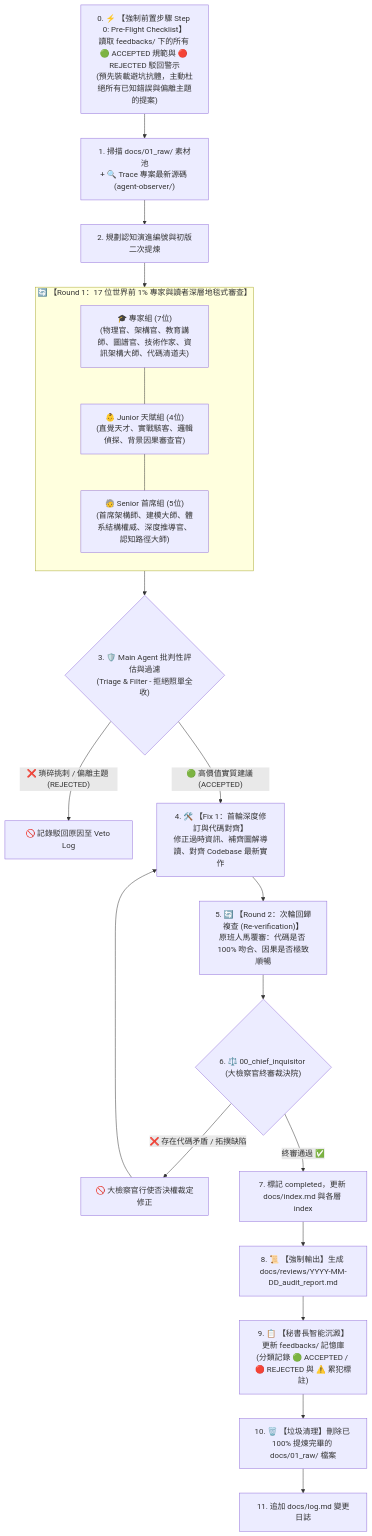
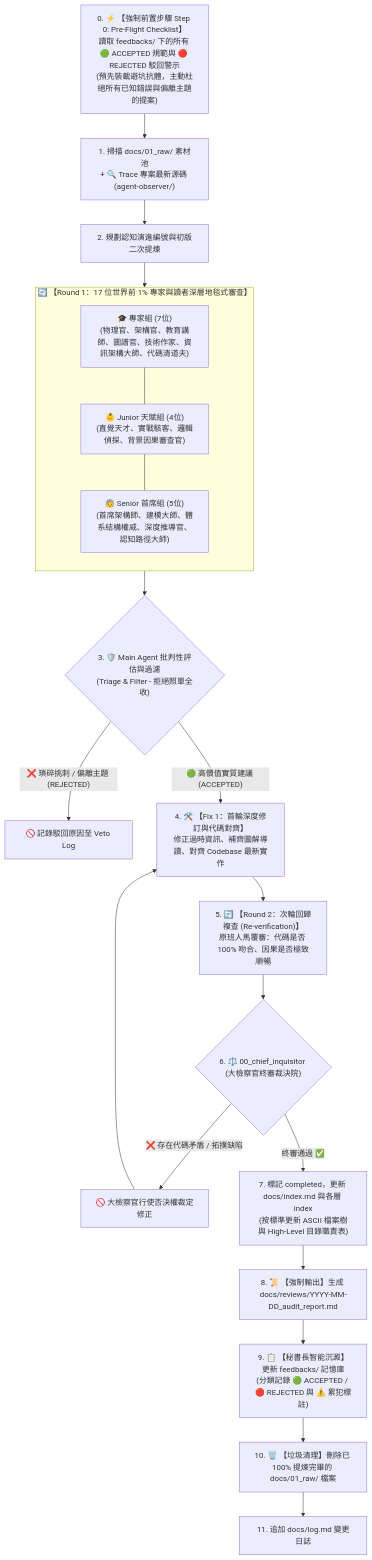
The diagram in .agents/skills/wiki-distiller/SKILL.md (daniel-yang1739/Hemidall), drawn with Mermaid before and after one commit. The commit also changed other lines of this file and 7 other files, not shown here.

````diff
--- a/.agents/skills/wiki-distiller/SKILL.md
+++ b/.agents/skills/wiki-distiller/SKILL.md
@@ -25,33 +27,33 @@
 ```mermaid
 flowchart TD
     Start["0. ⚡ 【強制前置步驟 Step 0: Pre-Flight Checklist】<br/>讀取 feedbacks/ 下的所有 🟢 ACCEPTED 規範與 🔴 REJECTED 駁回警示<br/>(預先裝載避坑抗體，主動杜絕所有已知錯誤與偏離主題的提案)"] --> A
     
     A["1. 掃描 docs/01_raw/ 素材池<br/>+ 🔍 Trace 專案最新源碼 (agent-observer/)"] --> B["2. 規劃認知演進編號與初版二次提煉"]
     
     subgraph Round1 ["🔄 【Round 1：17 位世界前 1% 專家與讀者深層地毯式審查】"]
         direction TB
         R1A["🎓 專家組 (7位)<br/>(物理官、架構官、教育講師、圖譜官、技術作家、資訊架構大師、代碼清道夫)"]
         R1B["👶 Junior 天賦組 (4位)<br/>(直覺天才、實戰駭客、邏輯偵探、背景因果審查官)"]
         R1C["🧓 Senior 首席組 (5位)<br/>(首席架構師、建模大師、體系結構權威、深度推導官、認知路徑大師)"]
         R1A --- R1B --- R1C
     end
     
     B --> Round1
     Round1 --> C{"3. 🛡️ Main Agent 批判性評估與過濾<br/>(Triage & Filter - 拒絕照單全收)"}
     C -- "❌ 瑣碎挑刺 / 偏離主題 (REJECTED)" --> D1["🚫 記錄駁回原因至 Veto Log"]
     C -- "🟢 高價值實質建議 (ACCEPTED)" --> D2["4. 🛠️ 【Fix 1：首輪深度修訂與代碼對齊】<br/>修正過時資訊、補齊圖解導讀、對齊 Codebase 最新實作"]
     
     D2 --> E["5. 🔄 【Round 2：次輪回歸複查 (Re-verification)】<br/>原班人馬覆審：代碼是否 100% 吻合、因果是否極致順暢"]
     
     E --> F{"6. ⚖️ 00_chief_inquisitor (大檢察官終審裁決院)"}
     F -- "❌ 存在代碼矛盾 / 拓撲缺陷" --> G1["🚫 大檢察官行使否決權裁定修正"]
     G1 --> D2
-    F -- "終審通過 ✅" --> G2["7. 標記 completed，更新 docs/index.md 與各層 index"]
+    F -- "終審通過 ✅" --> G2["7. 標記 completed，更新 docs/index.md 與各層 index<br/>(按標準更新 ASCII 檔案樹與 High-Level 目錄職責表)"]
     
     G2 --> H["8. 📜 【強制輸出】生成 docs/reviews/YYYY-MM-DD_audit_report.md"]
     
     H --> I["9. 📋 【秘書長智能沉澱】更新 feedbacks/ 記憶庫<br/>(分類記錄 🟢 ACCEPTED / 🔴 REJECTED 與 ⚠️ 累犯標註)"]
     
     I --> J["10. 🗑️ 【垃圾清理】刪除已 100% 提煉完畢的 docs/01_raw/ 檔案"]
     J --> K["11. 追加 docs/log.md 變更日誌"]
 ```
````
